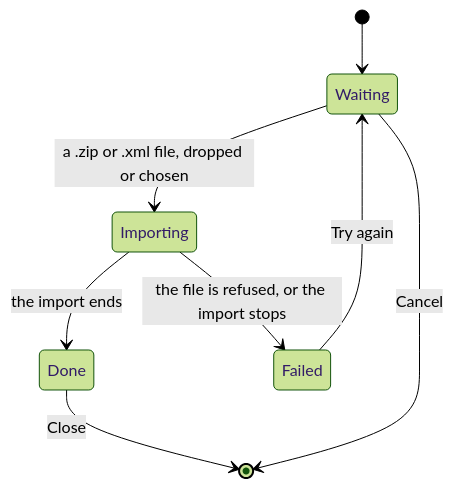
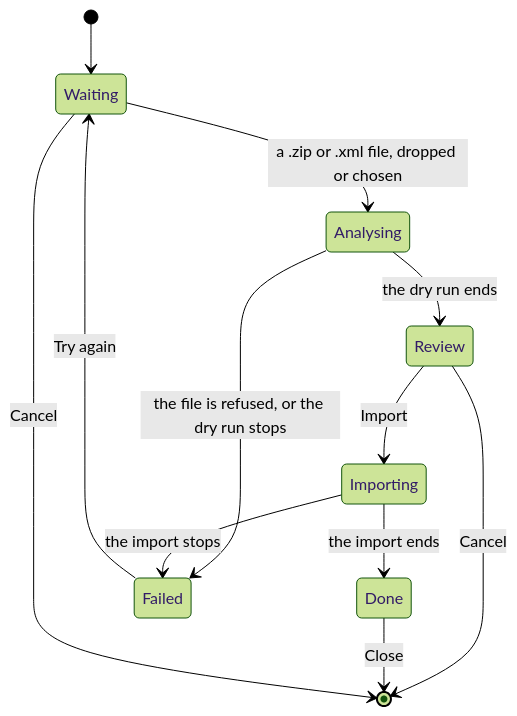
The second of 3 diagrams in docs/architecture/forms-import.md (Jahia/formidable), drawn with Mermaid (forest theme) before and after one commit. The commit also changed other lines of this file, not shown here.

Commit message:
docs: the Forms import dialog runs a dry run and shows its report before the import, into the current site

````diff
--- a/docs/architecture/forms-import.md
+++ b/docs/architecture/forms-import.md
@@ -277,10 +281,14 @@
 ```mermaid
 stateDiagram-v2
     [*] --> Waiting
-    Waiting --> Importing: a .zip or .xml file, dropped or chosen
+    Waiting --> Analysing: a .zip or .xml file, dropped or chosen
+    Analysing --> Review: the dry run ends
+    Review --> Importing: Import
+    Review --> [*]: Cancel
     Importing --> Done: the import ends
-    Importing --> Failed: the file is refused, or the import stops
+    Analysing --> Failed: the file is refused, or the dry run stops
+    Importing --> Failed: the import stops
     Failed --> Waiting: Try again
     Done --> [*]: Close
     Waiting --> [*]: Cancel
 ```
````
